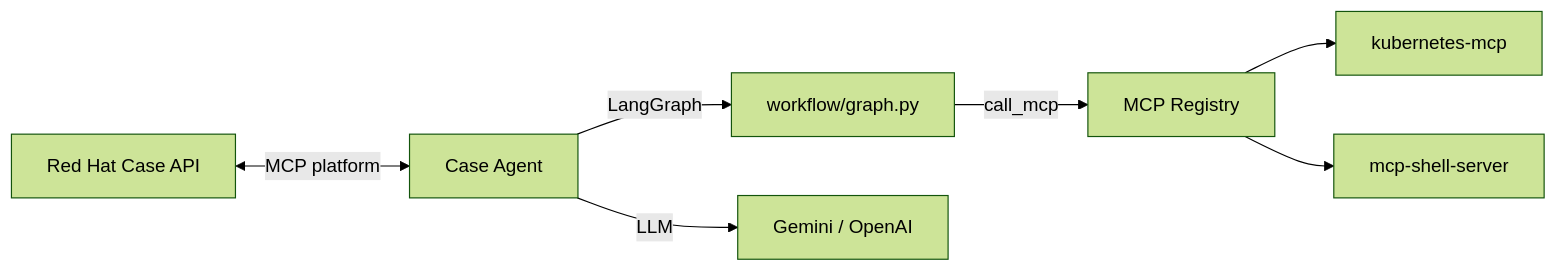
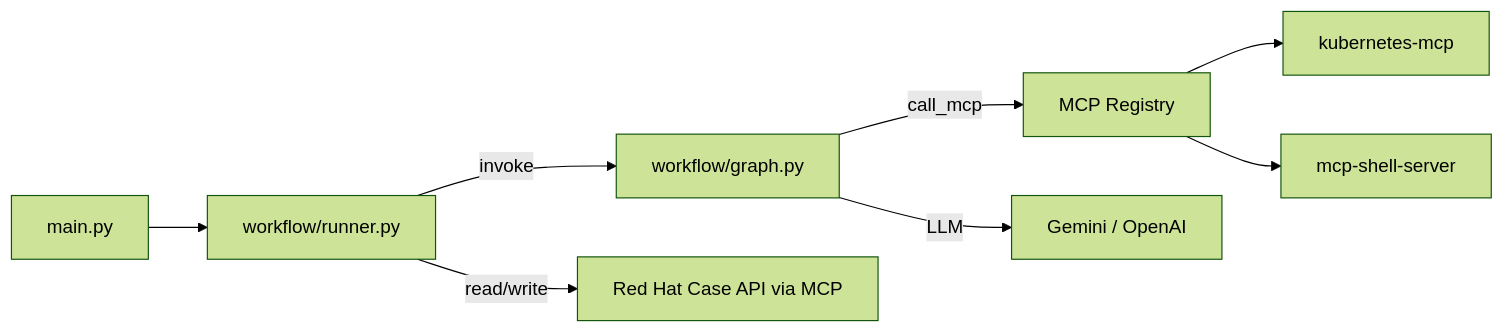
Before and after one commit to seasonny/agentops-case-agent: the diagram in docs/architecture/04-module-map.md, drawn with Mermaid (forest theme). The commit also changed other lines of this file and 4 other files, not shown here.

````diff
--- a/docs/architecture/04-module-map.md
+++ b/docs/architecture/04-module-map.md
@@ -365,9 +376,10 @@
 ```mermaid
 flowchart LR
-    Case[Red Hat Case API] <-->|MCP platform| Agent[Case Agent]
-    Agent -->|LangGraph| WF[workflow/graph.py]
+    Main[main.py] --> Runner[workflow/runner.py]
+    Runner -->|invoke| WF[workflow/graph.py]
+    Runner -->|read/write| Case[Red Hat Case API via MCP]
     WF -->|call_mcp| MCP[MCP Registry]
     MCP --> K8s[kubernetes-mcp]
     MCP --> Exec[mcp-shell-server]
-    Agent -->|LLM| Gemini[Gemini / OpenAI]
+    WF -->|LLM| Gemini[Gemini / OpenAI]
 ```
````
